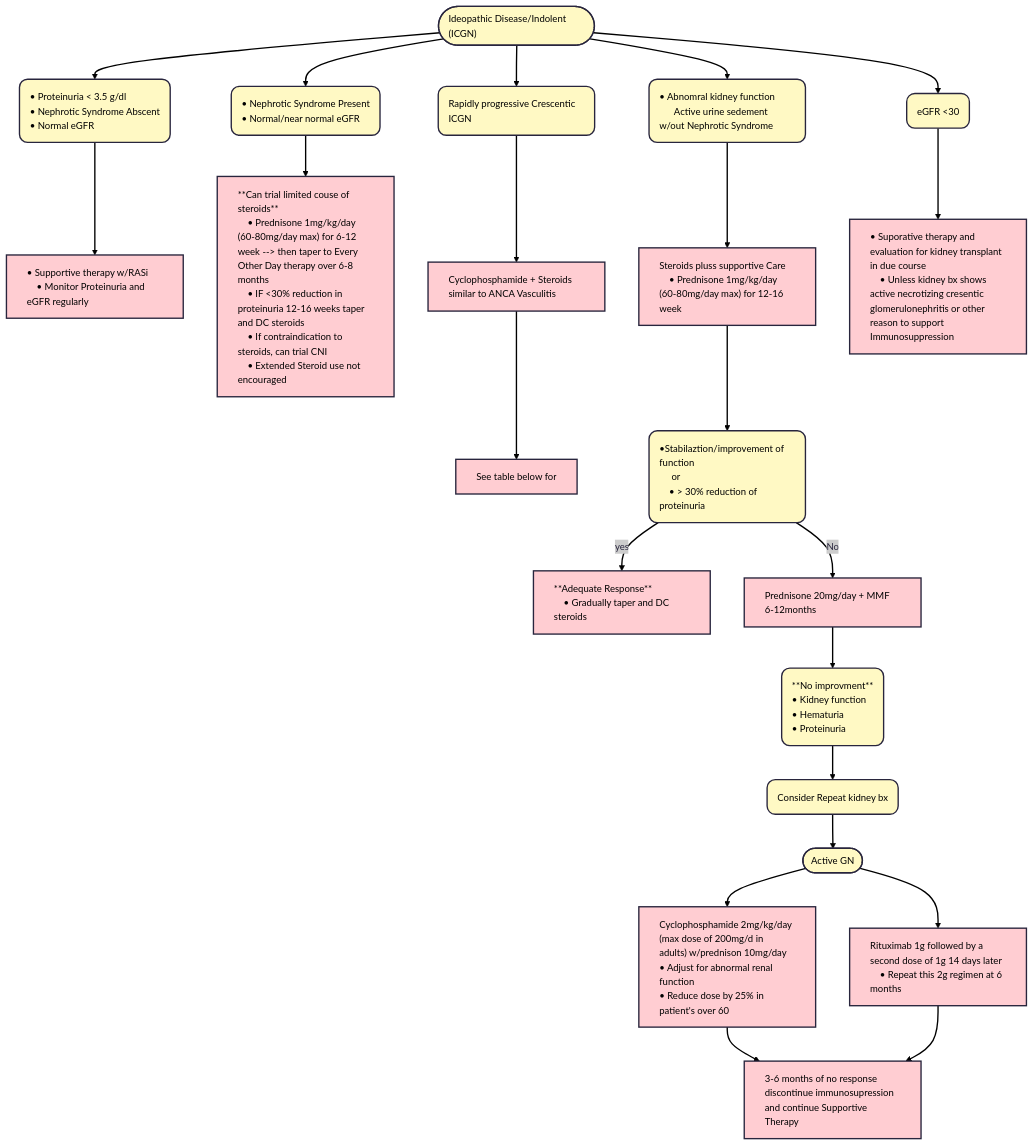
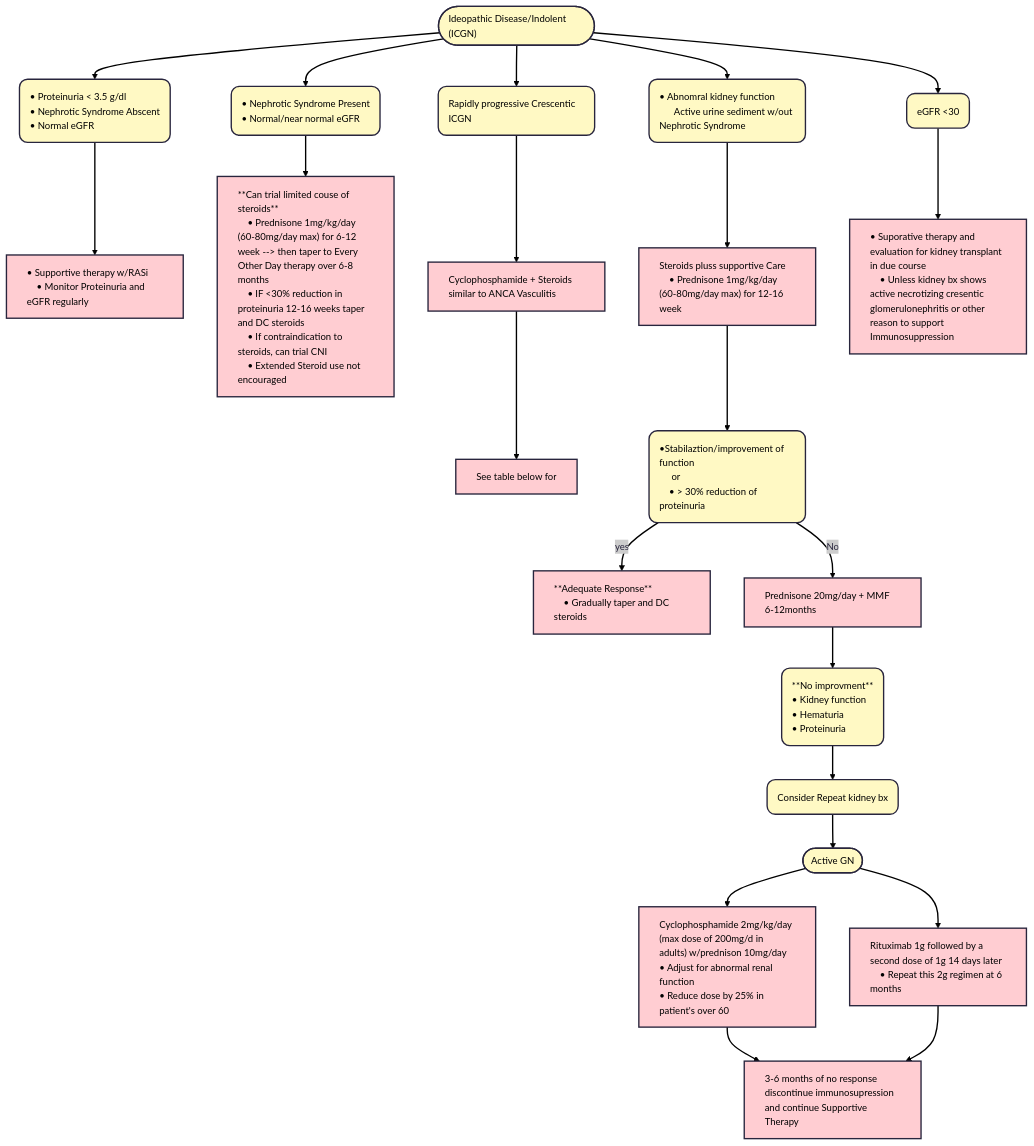
One commit to TTUNEPH2025/GN changed the second of 2 diagrams in docs/MPGN-C3GN.md. Above: the diagram before and after it, drawn with Mermaid. The commit also changed other lines of this file, not shown here.

````diff
--- a/docs/MPGN-C3GN.md
+++ b/docs/MPGN-C3GN.md
@@ -169,72 +169,72 @@
 ```mermaid
 ---
 config:
   theme: redux
 ---
 flowchart TD
     n22(["Ideopathic Disease/Indolent (ICGN)"]) --> n25["• Proteinuria &lt; 3.5 g/dl
      • Nephrotic Syndrome Abscent
      • Normal eGFR"] & n26["• Nephrotic Syndrome Present
      • Normal/near normal eGFR"] & n27["• Abnomral kidney function
-      Active urine sedement w/out Nephrotic Syndrome"] & n28["Rapidly progressive Crescentic ICGN"] & n29["eGFR &lt;30"]
+      Active urine sediment w/out Nephrotic Syndrome"] & n28["Rapidly progressive Crescentic ICGN"] & n29["eGFR &lt;30"]
     n25 --> n35["• Supportive therapy w/RASi
     • Monitor Proteinuria and eGFR regularly"]
     n26 --> n36["**Can trial limited couse of steroids**
     • Prednisone 1mg/kg/day (60-80mg/day max) for 6-12 week --&gt; then taper to Every Other Day therapy over 6-8 months
     • IF &lt;30% reduction in proteinuria 12-16 weeks taper and DC steroids
     • If contraindication to steroids, can trial CNI
     • Extended Steroid use not encouraged"]
     n27 --> n37["Steroids pluss supportive Care
     • Prednisone 1mg/kg/day (60-80mg/day max) for 12-16 week"]
     n28 --> n38["Cyclophosphamide + Steroids similar to ANCA Vasculitis"]
     n29 --> n39["• Suporative therapy and evaluation for kidney transplant in due course
     • Unless kidney bx shows active necrotizing cresentic glomerulonephritis or other reason to support Immunosuppression"]
     n38 --> n40["See table below for"]
     n37 --> n41["•Stabilaztion/improvement of function
      or
     • > 30% reduction of proteinuria"]
     n41 -- yes --> n43["**Adequate Response**
     • Gradually taper and DC steroids"]
     n41 -- No --> n44["Prednisone 20mg/day + MMF 6-12months"]
     n44 --> n45["**No improvment**
     • Kidney function
     • Hematuria
     • Proteinuria"]
     n45 --> n46["Consider Repeat kidney bx"]
     n46 --> n47(["Active GN"])
     n47 --> n48@{ label: "Cyclophosphamide 2mg/kg/day (max dose of 200mg/d in adults) w/prednison 10mg/day\n    • Adjust for abnormal renal function\n    • Reduce dose by 25% in patient's over 60" } & n49["Rituximab 1g followed by a second dose of 1g 14 days later
     • Repeat this 2g regimen at 6 months"]
     n48 --> n50["3-6 months of no response discontinue immunosupression and continue Supportive Therapy"]
     n49 --> n50
     n25@{ shape: rounded}
     n26@{ shape: rounded}
     n27@{ shape: rounded}
     n28@{ shape: rounded}
     n29@{ shape: rounded}
     n41@{ shape: rounded}
     n43@{ shape: rect}
     n45@{ shape: rounded}
     n46@{ shape: rounded}
     n48@{ shape: rect}
     style n22 color:#000000,fill:#FFF9C4,text-align:left
     style n25 color:#000000,fill:#FFF9C4,text-align:left
     style n26 color:#000000,fill:#FFF9C4,text-align:left
     style n27 color:#000000,fill:#FFF9C4,text-align:left
     style n28 color:#000000,fill:#FFF9C4,text-align:left
     style n29 color:#000000,fill:#FFF9C4,text-align:left
     style n35 fill:#FFCDD2,color:#000000,text-align:left
     style n36 fill:#FFCDD2,color:#000000,text-align:left
     style n37 fill:#FFCDD2,color:#000000,text-align:left
     style n38 fill:#FFCDD2,color:#000000,text-align:left
     style n39 fill:#FFCDD2,color:#000000,text-align:left
     style n40 fill:#FFCDD2,color:#000000,text-align:left
     style n41 color:#000000,fill:#FFF9C4,text-align:left
     style n43 fill:#FFCDD2,color:#000000,text-align:left
     style n44 fill:#FFCDD2,color:#000000,text-align:left
     style n45 color:#000000,fill:#FFF9C4,text-align:left
     style n46 color:#000000,fill:#FFF9C4,text-align:left
     style n47 color:#000000,fill:#FFF9C4,text-align:left
     style n48 fill:#FFCDD2,color:#000000,text-align:left
     style n49 fill:#FFCDD2,color:#000000,text-align:left
     style n50 fill:#FFCDD2,color:#000000,text-align:left
 ```
````
